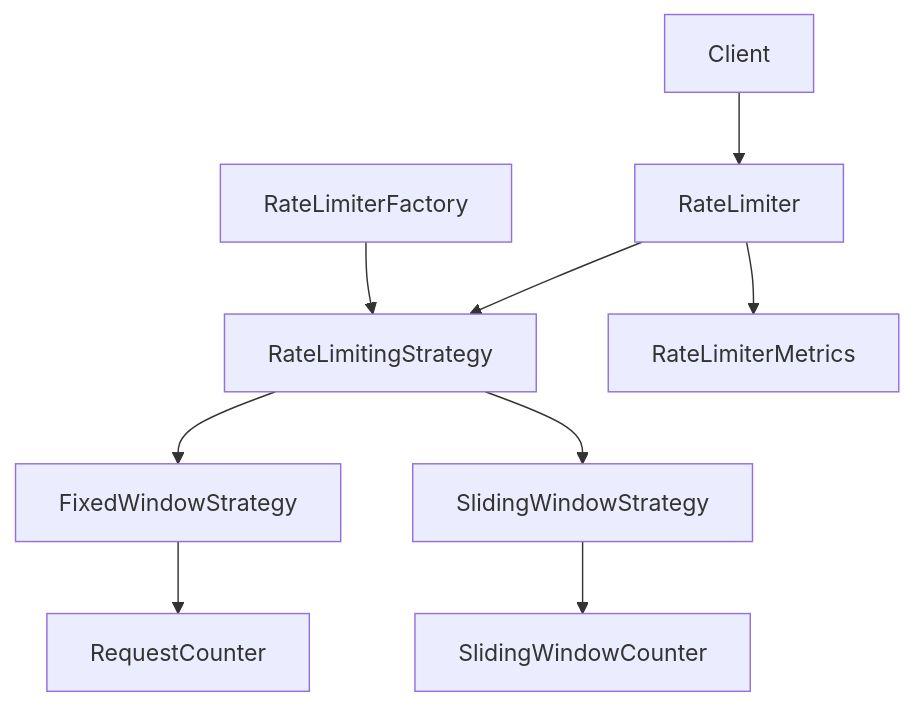
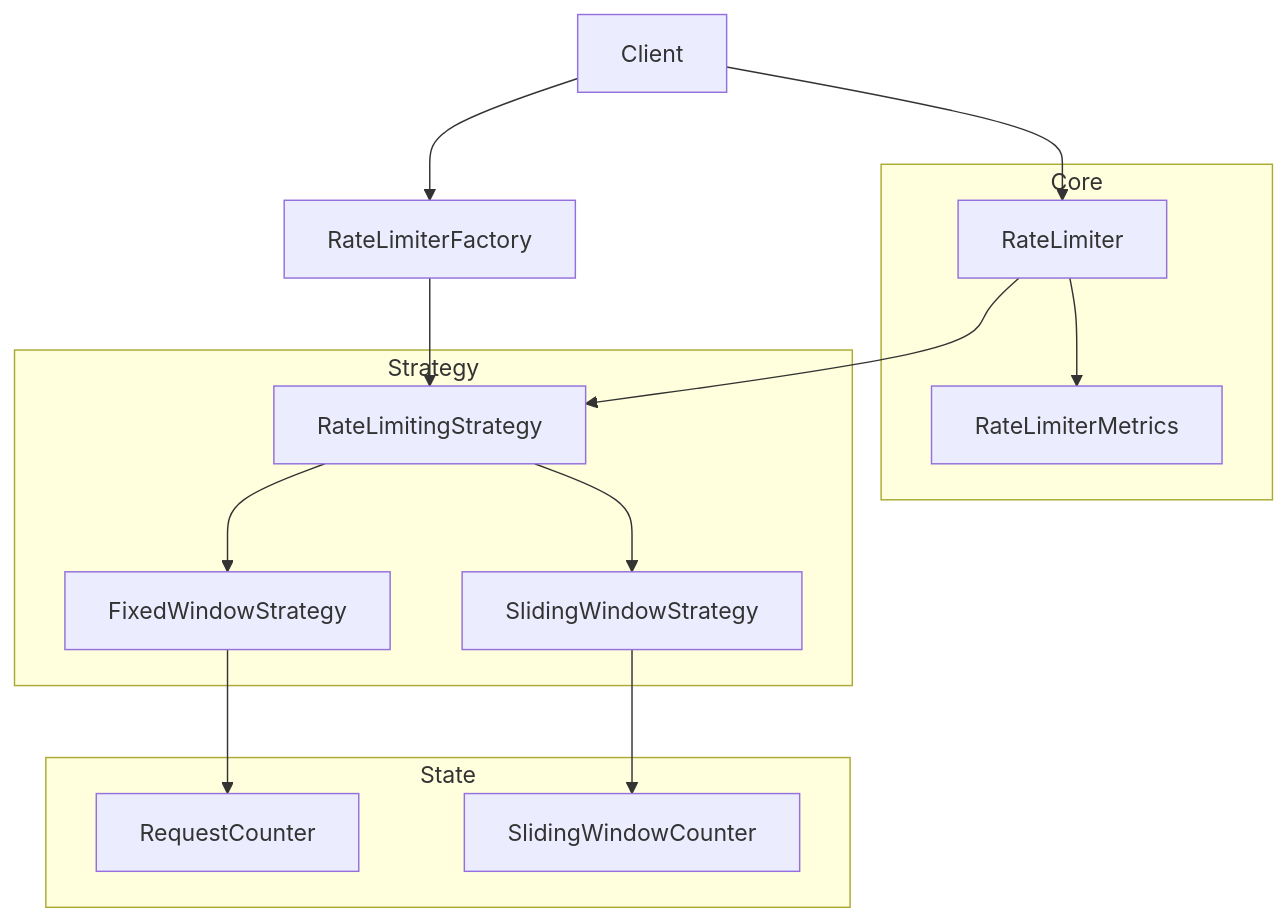
The diagram in Readme.md (vishal2develop/LLDMastery), drawn with Mermaid before and after one commit.

Commit message:
RateLimiter(Phase 4) - Update README with enhanced architecture diagrams including detailed subgraph structures for clarity

````diff
--- a/Readme.md
+++ b/Readme.md
@@ -289,16 +289,33 @@
 ```mermaid
 flowchart TD
 
+    Client --> RateLimiterFactory
     Client --> RateLimiter
+
+    subgraph Core
+        RateLimiter
+        RateLimiterMetrics
+    end
+
+    subgraph Strategy
+        RateLimitingStrategy
+        FixedWindowStrategy
+        SlidingWindowStrategy
+    end
+
+    subgraph State
+        RequestCounter
+        SlidingWindowCounter
+    end
+
+    RateLimiterFactory --> RateLimitingStrategy
 
     RateLimiter --> RateLimitingStrategy
     RateLimiter --> RateLimiterMetrics
-
-    RateLimiterFactory --> RateLimitingStrategy
 
     RateLimitingStrategy --> FixedWindowStrategy
     RateLimitingStrategy --> SlidingWindowStrategy
 
     FixedWindowStrategy --> RequestCounter
     SlidingWindowStrategy --> SlidingWindowCounter
 ```
````
